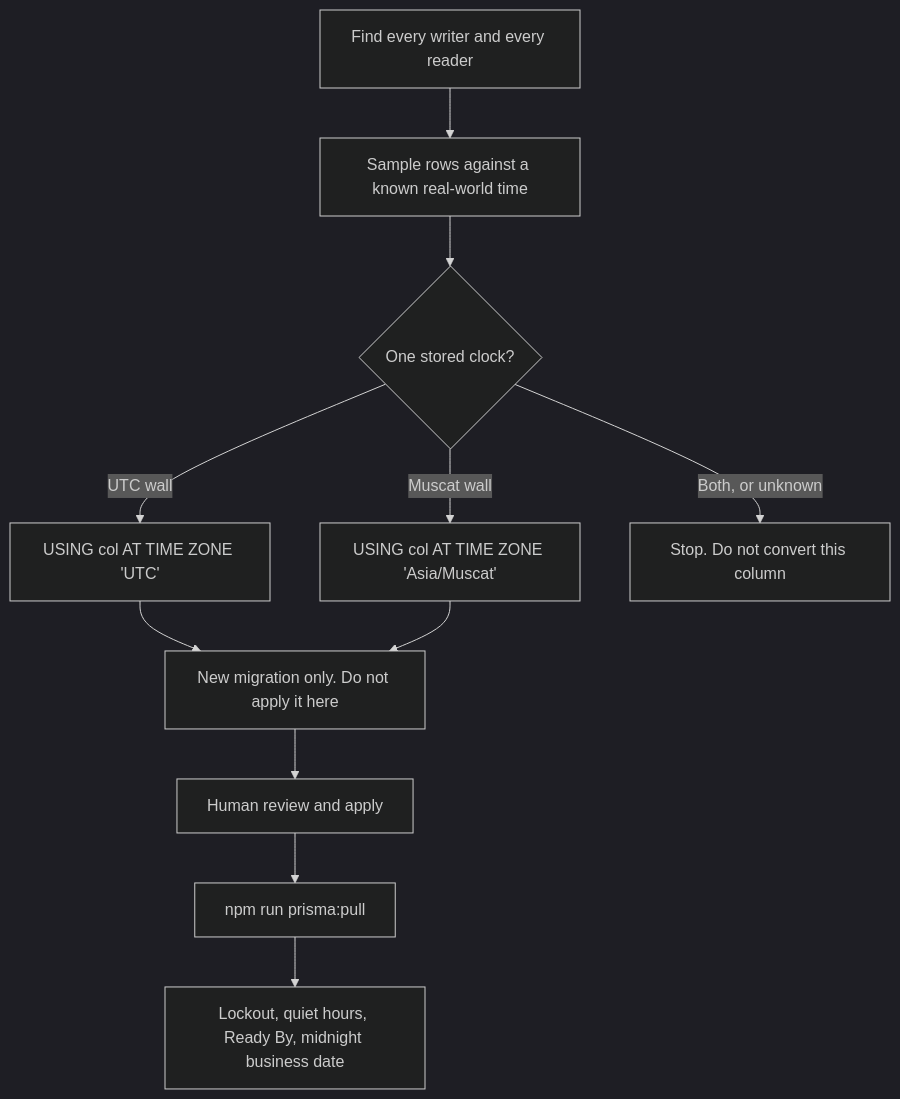
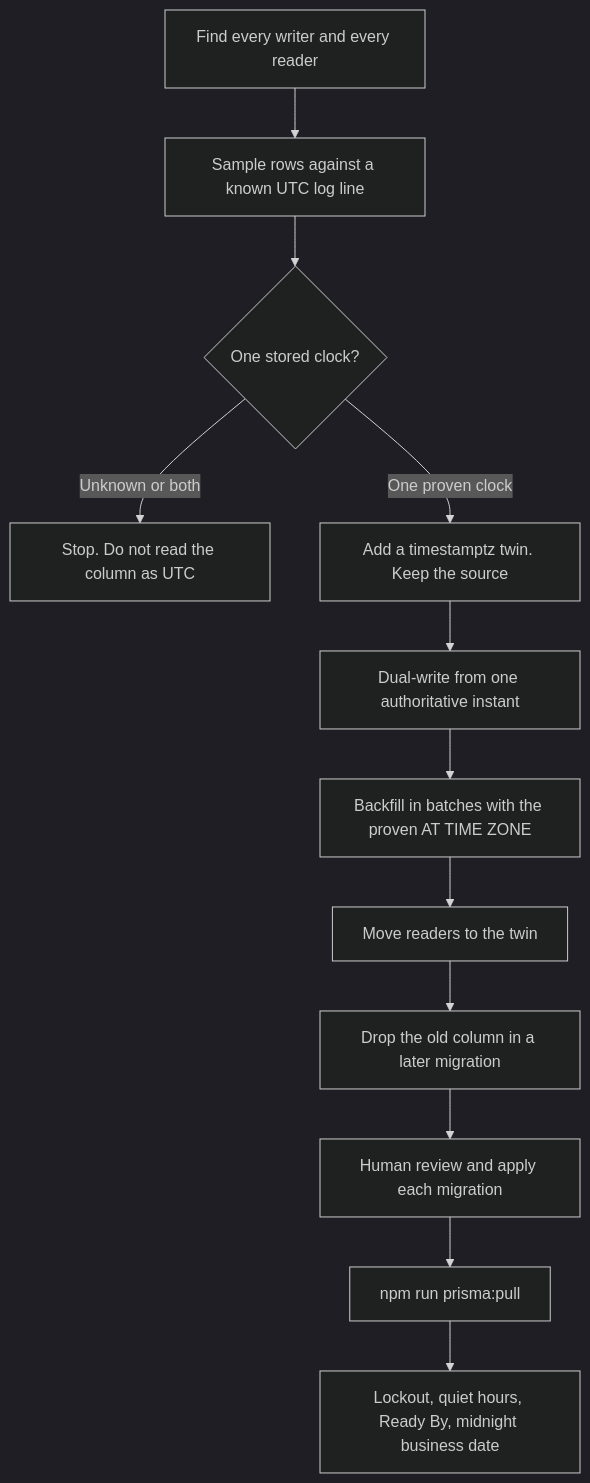
Before and after one commit to GhAli21/cleanmatex: the second of 3 diagrams in docs/features/Time_and_Timezone/developer_guide_mermaid.md, drawn with Mermaid (dark theme). The commit also changed other lines of this file and 83 other files, not shown here.

````diff
--- a/docs/features/Time_and_Timezone/developer_guide_mermaid.md
+++ b/docs/features/Time_and_Timezone/developer_guide_mermaid.md
@@ -18,13 +21,14 @@
 ```mermaid
 flowchart TD
-  find[Find every writer and every reader] --> sample[Sample rows against a known real-world time]
+  find[Find every writer and every reader] --> sample[Sample rows against a known UTC log line]
   sample --> shape{One stored clock?}
-  shape -->|UTC wall| utc["USING col AT TIME ZONE 'UTC'"]
-  shape -->|Muscat wall| mct["USING col AT TIME ZONE 'Asia/Muscat'"]
-  shape -->|Both, or unknown| stop[Stop. Do not convert this column]
-  utc --> mig[New migration only. Do not apply it here]
-  mct --> mig
-  mig --> review[Human review and apply]
+  shape -->|Unknown or both| stop[Stop. Do not read the column as UTC]
+  shape -->|One proven clock| twin[Add a timestamptz twin. Keep the source]
+  twin --> dual[Dual-write from one authoritative instant]
+  dual --> backfill[Backfill in batches with the proven AT TIME ZONE]
+  backfill --> readers[Move readers to the twin]
+  readers --> later[Drop the old column in a later migration]
+  later --> review[Human review and apply each migration]
   review --> pull[npm run prisma:pull]
   pull --> tests[Lockout, quiet hours, Ready By, midnight business date]
 ```
````
